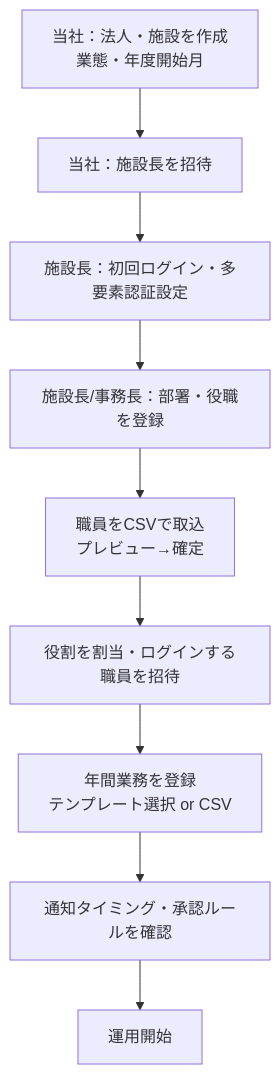
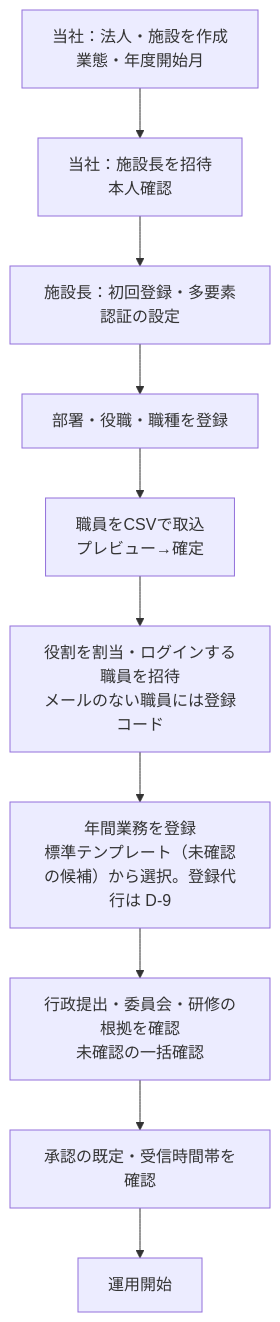
Before and after one commit to mao726/company: the first of 11 diagrams in ai-facility-partner/docs/product/user-flows.md, drawn with Mermaid. The commit also changed other lines of this file and 22 other files, not shown here.

````diff
--- a/ai-facility-partner/docs/product/user-flows.md
+++ b/ai-facility-partner/docs/product/user-flows.md
@@ -5,11 +7,12 @@
 ```mermaid
 flowchart TD
-  A[当社：法人・施設を作成<br/>業態・年度開始月] --> B[当社：施設長を招待]
-  B --> C[施設長：初回ログイン・多要素認証設定]
-  C --> D[施設長/事務長：部署・役職を登録]
+  A[当社：法人・施設を作成<br/>業態・年度開始月] --> B[当社：施設長を招待<br/>本人確認]
+  B --> C[施設長：初回登録・多要素認証の設定]
+  C --> D[部署・役職・職種を登録]
   D --> E[職員をCSVで取込<br/>プレビュー→確定]
-  E --> F[役割を割当・ログインする職員を招待]
-  F --> G[年間業務を登録<br/>テンプレート選択 or CSV]
-  G --> H[通知タイミング・承認ルールを確認]
-  H --> I[運用開始]
+  E --> F[役割を割当・ログインする職員を招待<br/>メールのない職員には登録コード]
+  F --> G[年間業務を登録<br/>標準テンプレート（未確認の候補）から選択。登録代行は D-9]
+  G --> H[行政提出・委員会・研修の根拠を確認<br/>未確認の一括確認]
+  H --> I[承認の既定・受信時間帯を確認]
+  I --> J[運用開始]
 ```
````
